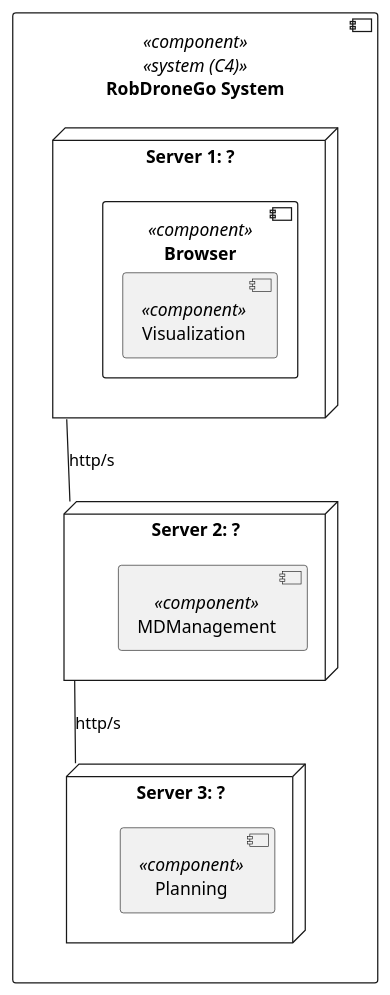
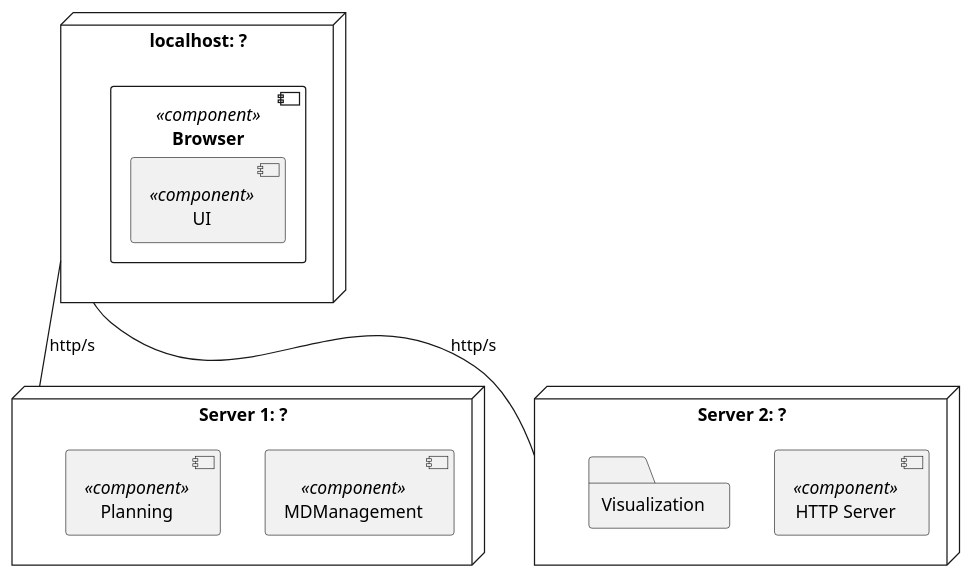
The diagram in _wiki/views/level-2/physical-view/physical-view.puml (miseEnPlace-dev/lapr5), drawn with PlantUML before and after one commit. The commit also changed 14 other files, not shown here.

```diff
--- a/_wiki/views/level-2/physical-view/physical-view.puml
+++ b/_wiki/views/level-2/physical-view/physical-view.puml
@@ -1,25 +1,27 @@
 @startuml physical-view
 
-component "RobDroneGo System" <<component>> <<system (C4)>> {
-  node "Server 1: ?" as S1 {
-    component "Browser" as B <<component>> {
-      component "Visualization" as V <<component>> {
-      }
+node "localhost: ?" as LOCAL {
+  component "Browser" as B <<component>> {
+    component "UI" as UI <<component>> {
     }
   }
-
-  node "Server 2: ?" as S2 {
-    component "MDManagement" as MDM <<component>> { 
-    }
-  }
-  
-  node "Server 3: ?" as S3 {
-    component "Planning" as P <<component>>  { 
-    }
-  } 
 }
 
-S1 -- S2 : http/s
-S2 -- S3 : http/s
+node "Server 1: ?" as S1 {
+  component "MDManagement" as MDM <<component>> { 
+  }
+  component "Planning" as P <<component>>  { 
+  }
+}
+
+node "Server 2: ?" as S2 {
+  component "HTTP Server" as SERV <<component>> { 
+  }
+  folder "Visualization" as V {
+  }
+} 
+
+LOCAL -- S1 : http/s
+LOCAL -- S2 : http/s
 
 @enduml
```
